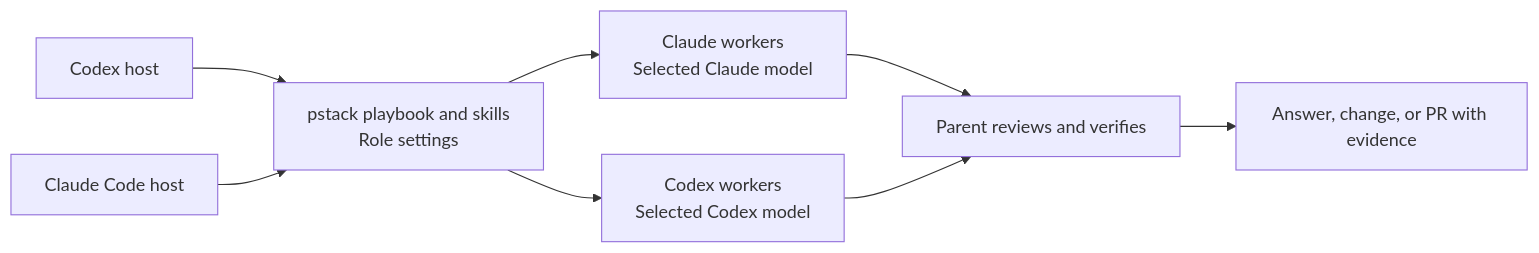
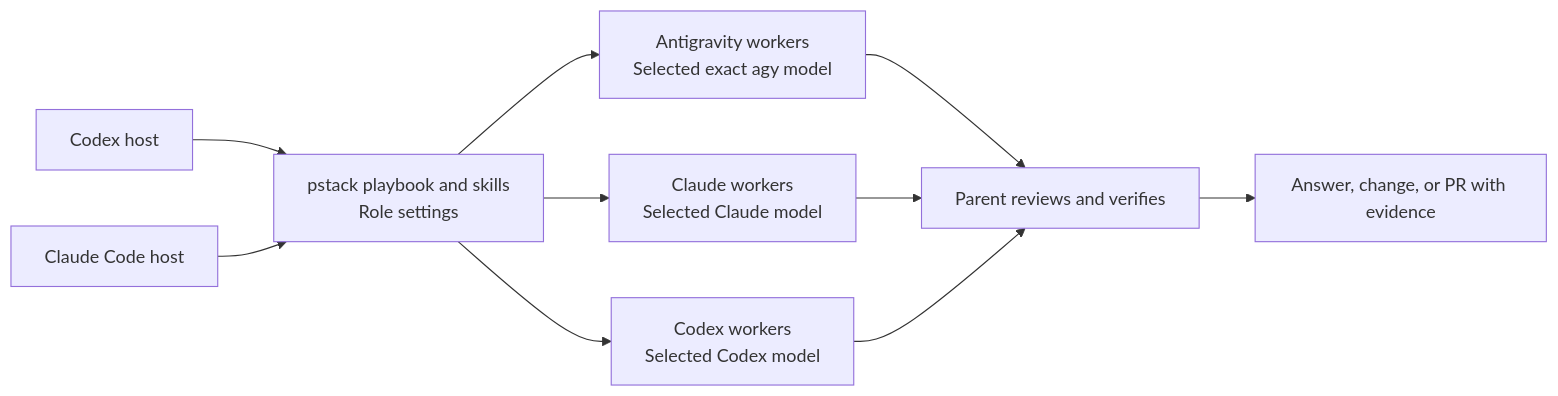
The diagram in README.md (ystory/pstack), drawn with Mermaid before and after one commit. The commit also changed other lines of this file and 32 other files, not shown here.

First line of the commit message:
feat(pstack): add official Antigravity CLI workers (#21)

````diff
--- a/README.md
+++ b/README.md
@@ -16,10 +16,12 @@
 ```mermaid
 flowchart LR
     CX[Codex host] --> P["pstack playbook and skills<br/>Role settings"]
     CC[Claude Code host] --> P
     P --> CW["Claude workers<br/>Selected Claude model"]
     P --> XW["Codex workers<br/>Selected Codex model"]
+    P --> AW["Antigravity workers<br/>Selected exact agy model"]
+    AW --> V
     CW --> V[Parent reviews and verifies]
     XW --> V
     V --> R[Answer, change, or PR with evidence]
 ```
````
